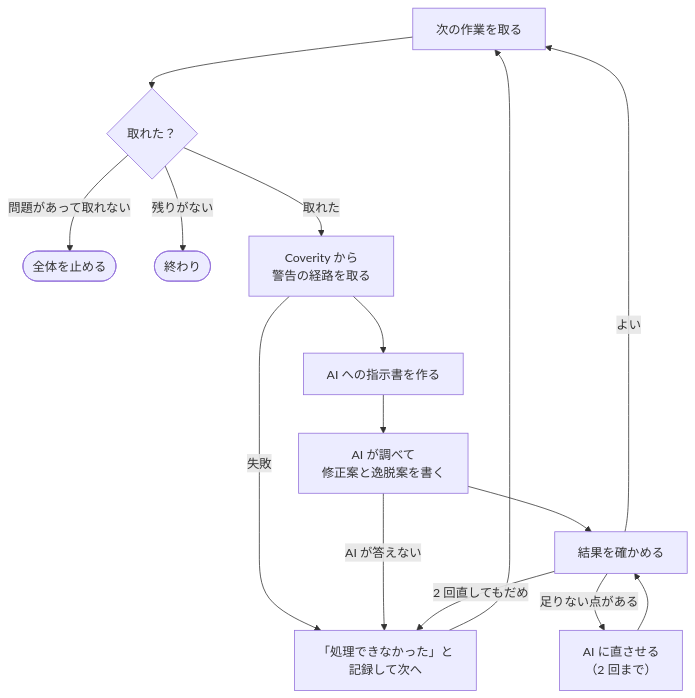
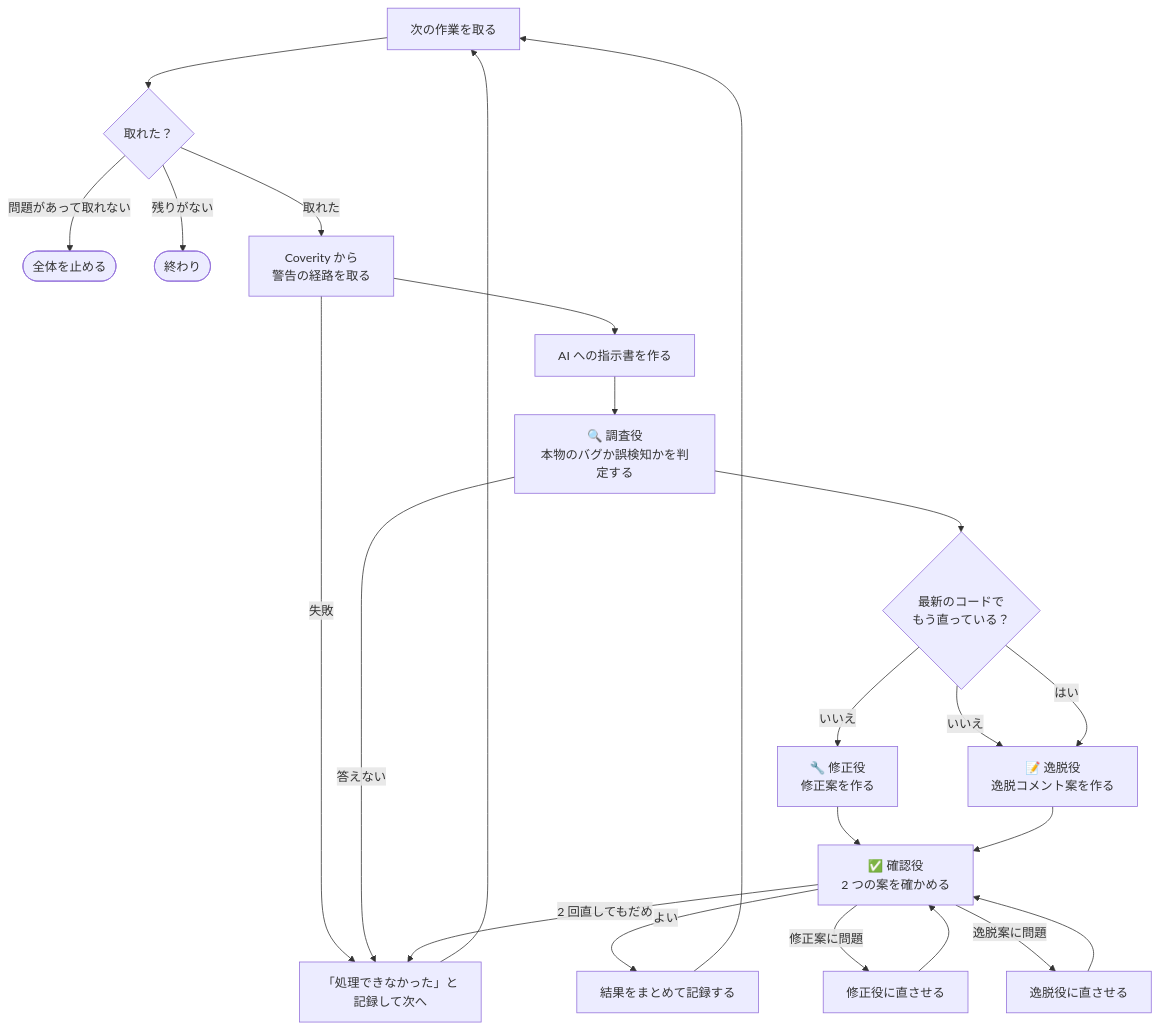
One commit to imaeda-hub/coverity-triage-agent changed the second of 2 diagrams in plugins/coverity-triage/workflow/coverity-triage-run.md. Above: the diagram before and after it, drawn with Mermaid. The commit also changed other lines of this file, not shown here.

````diff
--- a/plugins/coverity-triage/workflow/coverity-triage-run.md
+++ b/plugins/coverity-triage/workflow/coverity-triage-run.md
@@ -33,17 +35,25 @@
 ```mermaid
 flowchart TD
     L1["次の作業を取る"] --> L2{"取れた？"}
     L2 -- "問題があって取れない" --> L9(["全体を止める"])
     L2 -- "残りがない" --> L10(["終わり"])
     L2 -- "取れた" --> L3["Coverity から<br>警告の経路を取る"]
     L3 -- "失敗" --> L8
     L3 --> L4["AI への指示書を作る"]
-    L4 --> L5["AI が調べて<br>修正案と逸脱案を書く"]
-    L5 -- "AI が答えない" --> L8
-    L5 --> L6["結果を確かめる"]
-    L6 -- "よい" --> L1
-    L6 -- "足りない点がある" --> L7["AI に直させる<br>（2 回まで）"]
-    L7 --> L6
-    L6 -- "2 回直してもだめ" --> L8["「処理できなかった」と<br>記録して次へ"]
+    L4 --> L5["🔍 調査役<br>本物のバグか誤検知かを判定する"]
+    L5 -- "答えない" --> L8
+    L5 --> L11{"最新のコードで<br>もう直っている？"}
+    L11 -- "いいえ" --> L12["🔧 修正役<br>修正案を作る"]
+    L11 -- "いいえ" --> L13["📝 逸脱役<br>逸脱コメント案を作る"]
+    L11 -- "はい" --> L13
+    L12 --> L14["✅ 確認役<br>2 つの案を確かめる"]
+    L13 --> L14
+    L14 -- "よい" --> L6["結果をまとめて記録する"]
+    L14 -- "修正案に問題" --> L16["修正役に直させる"]
+    L14 -- "逸脱案に問題" --> L17["逸脱役に直させる"]
+    L16 --> L14
+    L17 --> L14
+    L14 -- "2 回直してもだめ" --> L8["「処理できなかった」と<br>記録して次へ"]
+    L6 --> L1
     L8 --> L1
 ```
````
